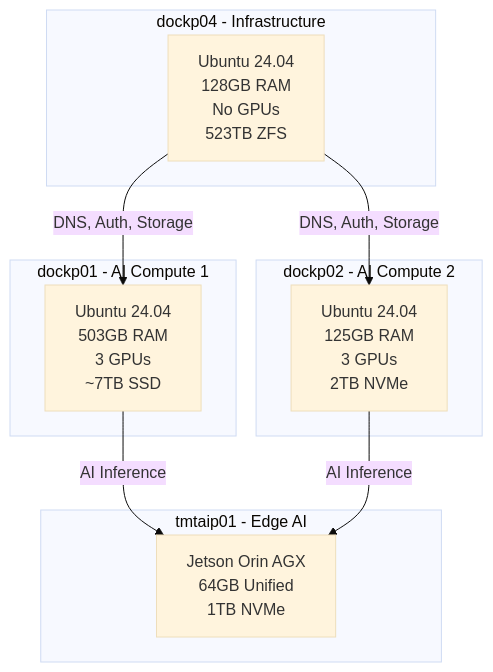
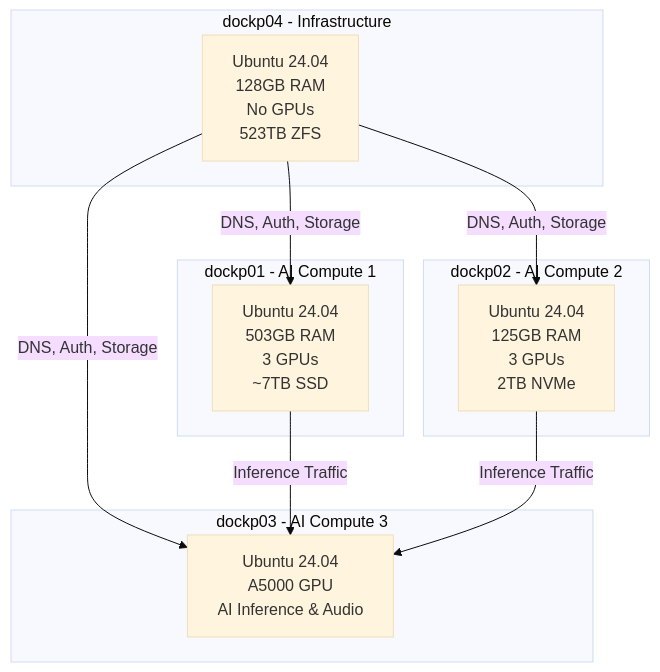
One commit to tmt-homelab/living-docs changed the second of 2 diagrams in docs/index.md. Above: the diagram before and after it, drawn with Mermaid (base theme). The commit also changed other lines of this file, not shown here.

Commit message:
docs: update system overview diagram to include dockp03

````diff
--- a/docs/index.md
+++ b/docs/index.md
@@ -55,23 +55,24 @@
 ```mermaid
 graph TB
     subgraph "dockp01 - AI Compute 1"
         p1[Ubuntu 24.04<br/>503GB RAM<br/>3 GPUs<br/>~7TB SSD]
     end
 
     subgraph "dockp02 - AI Compute 2"
         p2[Ubuntu 24.04<br/>125GB RAM<br/>3 GPUs<br/>2TB NVMe]
     end
 
+    subgraph "dockp03 - AI Compute 3"
+        p3[Ubuntu 24.04<br/>A5000 GPU<br/>AI Inference & Audio]
+    end
+
     subgraph "dockp04 - Infrastructure"
         p4[Ubuntu 24.04<br/>128GB RAM<br/>No GPUs<br/>523TB ZFS]
     end
 
-    subgraph "tmtaip01 - Edge AI"
-        p3[Jetson Orin AGX<br/>64GB Unified<br/>1TB NVMe]
-    end
-
     p4 -->|DNS, Auth, Storage| p1
     p4 -->|DNS, Auth, Storage| p2
-    p1 -->|AI Inference| p3
-    p2 -->|AI Inference| p3
+    p4 -->|DNS, Auth, Storage| p3
+    p1 -->|Inference Traffic| p3
+    p2 -->|Inference Traffic| p3
 ```
````
